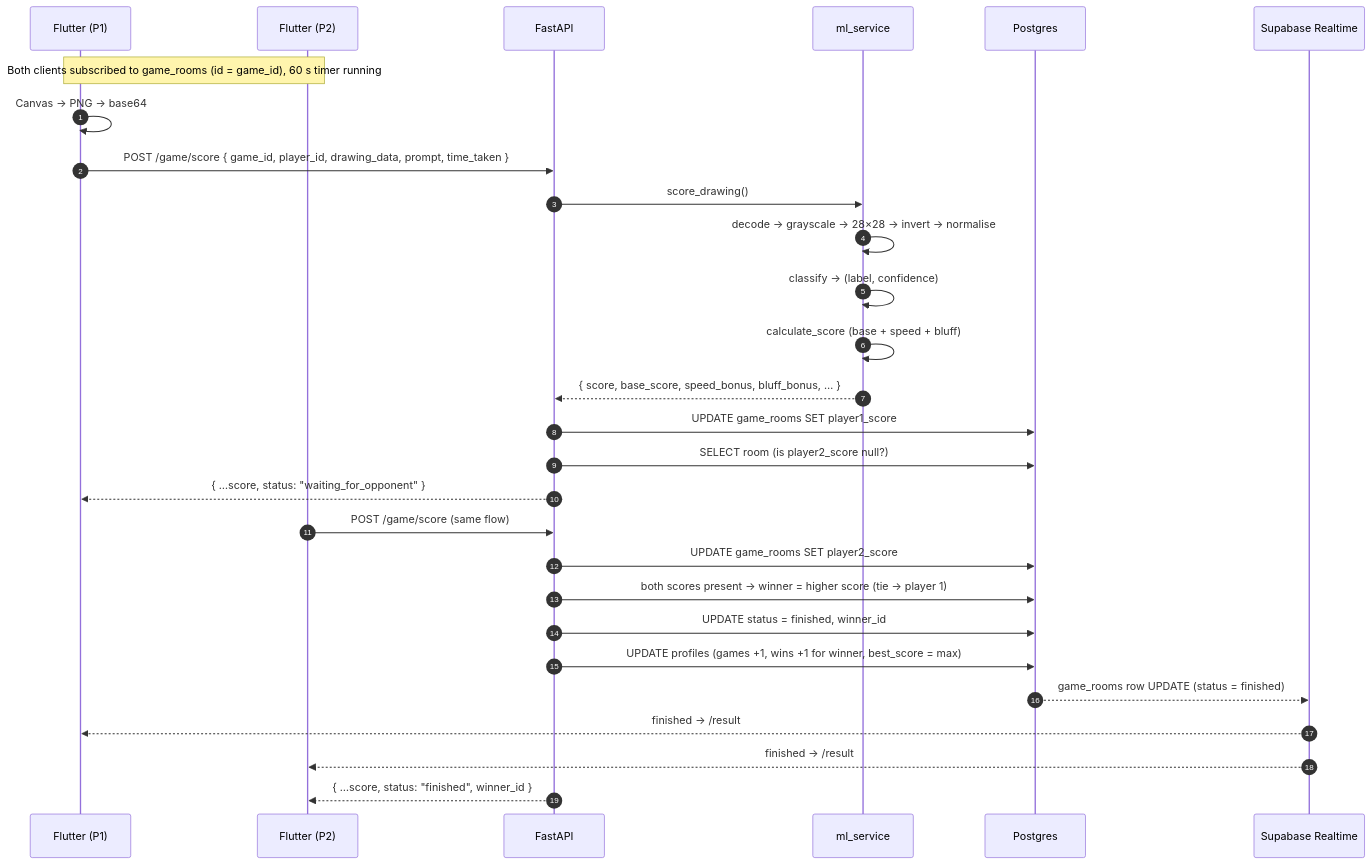
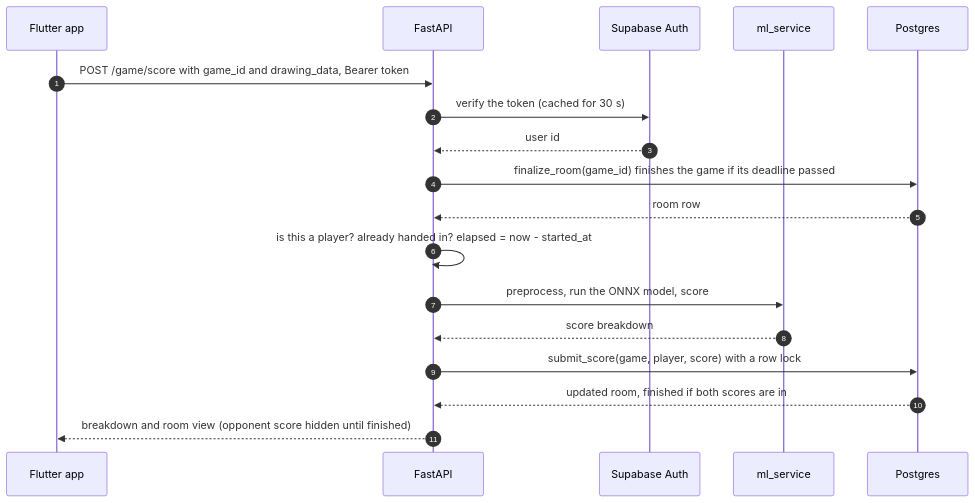
Before and after one commit to MuaazTasawar/sketchduel: the fourth of 8 diagrams in README.md, drawn with Mermaid. The commit also changed other lines of this file, not shown here.

Commit message:
docs: README for the hardened SketchDuel (architecture, API, scoring, AI model, testing, limitations)

````diff
--- a/README.md
+++ b/README.md
@@ -288,33 +194,21 @@
 ```mermaid
 sequenceDiagram
     autonumber
-    participant F1 as Flutter (P1)
-    participant F2 as Flutter (P2)
+    participant App as Flutter app
     participant API as FastAPI
+    participant Auth as Supabase Auth
     participant ML as ml_service
     participant DB as Postgres
-    participant RT as Supabase Realtime
 
-    Note over F1,F2: Both clients subscribed to game_rooms (id = game_id), 60 s timer running
-
-    F1->>F1: Canvas → PNG → base64
-    F1->>API: POST /game/score { game_id, player_id, drawing_data, prompt, time_taken }
-    API->>ML: score_drawing()
-    ML->>ML: decode → grayscale → 28×28 → invert → normalise
-    ML->>ML: classify → (label, confidence)
-    ML->>ML: calculate_score (base + speed + bluff)
-    ML-->>API: { score, base_score, speed_bonus, bluff_bonus, … }
-    API->>DB: UPDATE game_rooms SET player1_score
-    API->>DB: SELECT room (is player2_score null?)
-    API-->>F1: { …score, status: "waiting_for_opponent" }
-
-    F2->>API: POST /game/score (same flow)
-    API->>DB: UPDATE game_rooms SET player2_score
-    API->>DB: both scores present → winner = higher score (tie → player 1)
-    API->>DB: UPDATE status = finished, winner_id
-    API->>DB: UPDATE profiles (games +1, wins +1 for winner, best_score = max)
-    DB-->>RT: game_rooms row UPDATE (status = finished)
-    RT-->>F1: finished → /result
-    RT-->>F2: finished → /result
-    API-->>F2: { …score, status: "finished", winner_id }
+    App->>API: POST /game/score with game_id and drawing_data, Bearer token
+    API->>Auth: verify the token (cached for 30 s)
+    Auth-->>API: user id
+    API->>DB: finalize_room(game_id) finishes the game if its deadline passed
+    DB-->>API: room row
+    API->>API: is this a player? already handed in? elapsed = now - started_at
+    API->>ML: preprocess, run the ONNX model, score
+    ML-->>API: score breakdown
+    API->>DB: submit_score(game, player, score) with a row lock
+    DB-->>API: updated room, finished if both scores are in
+    API-->>App: breakdown and room view (opponent score hidden until finished)
 ```
````
